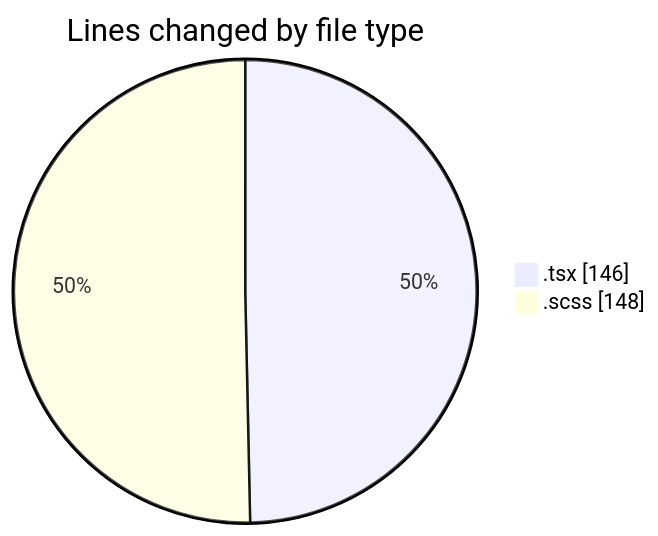
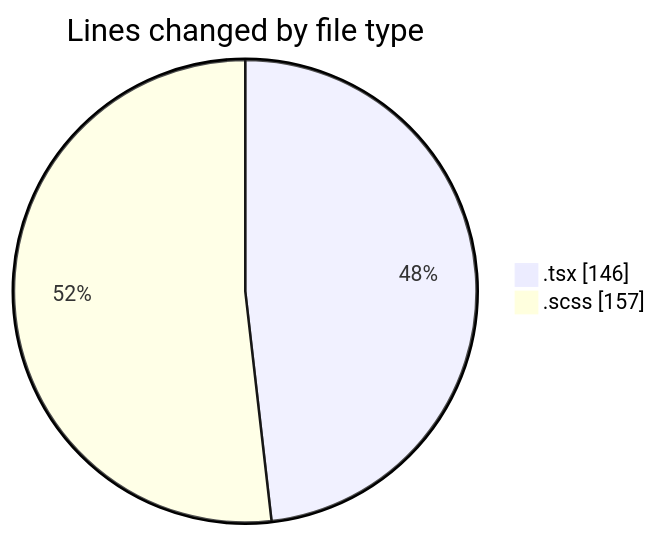
One commit to momahboobian/code-tracking changed the first of 2 diagrams in 2026-03-25/cda/README.md. Above: the diagram before and after it, drawn with Mermaid. The commit also changed other lines of this file and 1 other file, not shown here.

````diff
--- a/2026-03-25/cda/README.md
+++ b/2026-03-25/cda/README.md
@@ -21,6 +21,6 @@
 ```mermaid
 pie showData
 title Lines changed by file type
 ".tsx" : 146
-".scss" : 148
+".scss" : 157
 ```
````
